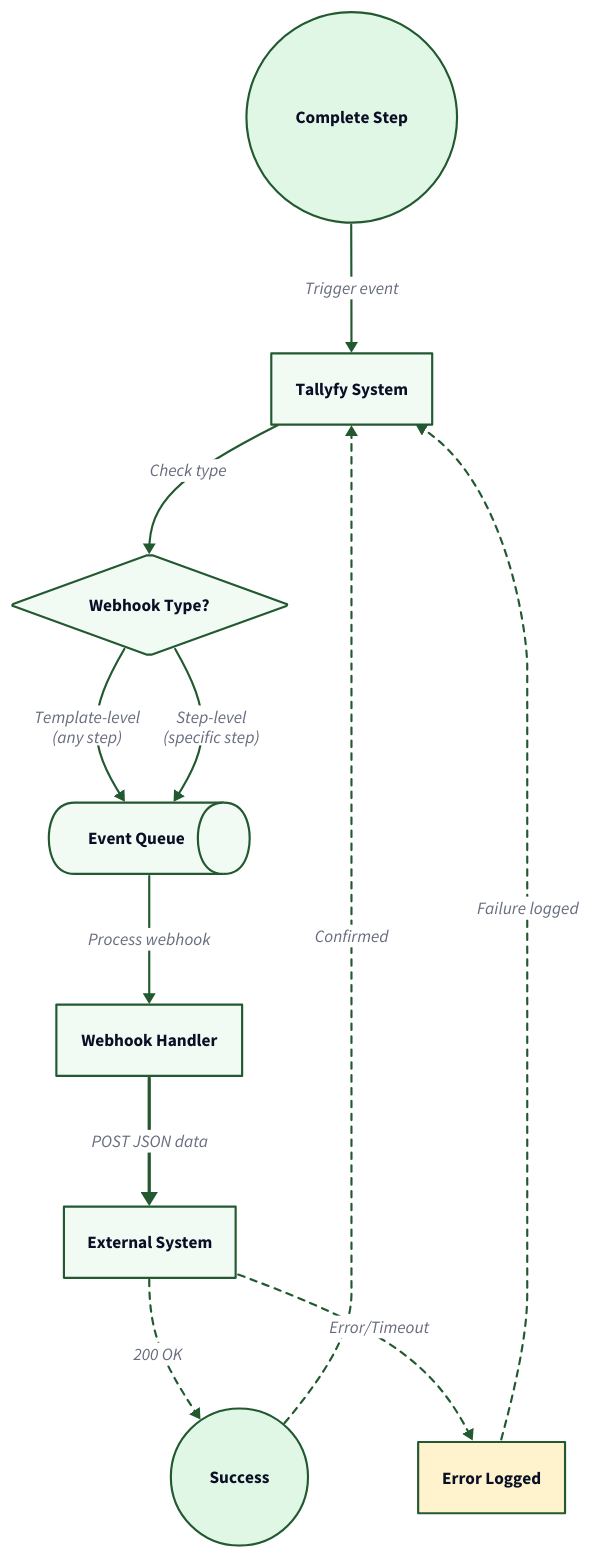
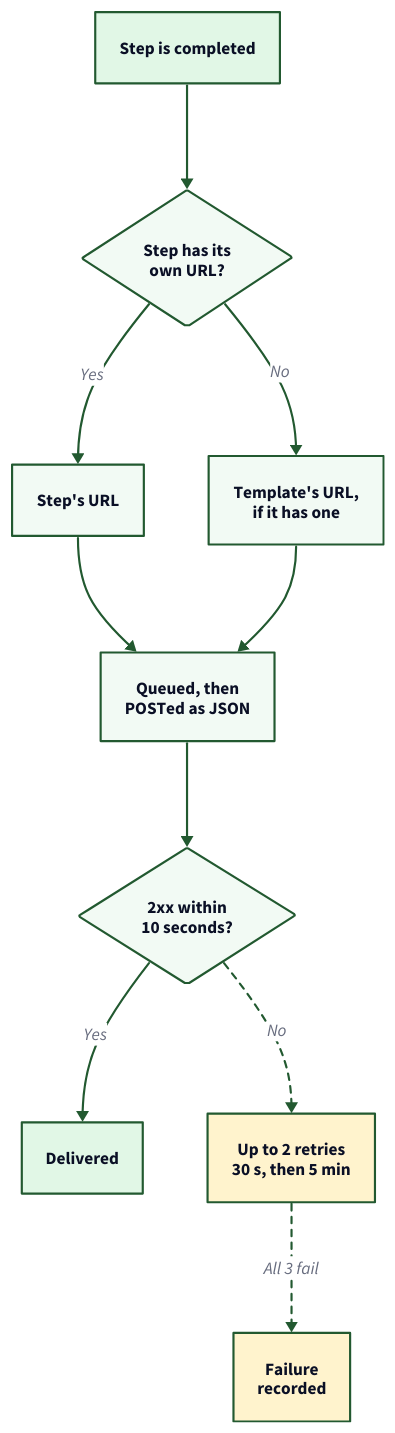
Before and after one commit to tallyfy/documentation: the diagram in src/content/docs/pro/integrations/webhooks/how-to-set-up-webhooks-in-tallyfy.mdx, drawn with D2. The commit also changed 12 other files, not shown here.

First line of the commit message:
Redraw 14 diagrams on 13 help pages so their text reads at full size

```diff
--- a/src/content/docs/pro/integrations/webhooks/how-to-set-up-webhooks-in-tallyfy.mdx
+++ b/src/content/docs/pro/integrations/webhooks/how-to-set-up-webhooks-in-tallyfy.mdx
@@ -51,106 +51,79 @@
 # Webhook Event Flow
 direction: down
 
-# Start Event
-Complete_Step: Complete Step {
-  shape: circle
+Event: "Step is completed" {
   style.fill: "#e1f7e6"
-  style.stroke: "#225930"
-  style.stroke-width: 2
-}
-
-# Core Components
-Tallyfy: Tallyfy System {
-  shape: rectangle
-  style.fill: "#f2faf4"
   style.stroke: "#225930"
 }
 
-Event_Queue: Event Queue {
-  shape: queue
-  style.fill: "#f2faf4"
-  style.stroke: "#225930"
-}
-
-Webhook_Handler: Webhook Handler {
-  shape: rectangle
-  style.fill: "#f2faf4"
-  style.stroke: "#225930"
-}
-
-External_System: External System {
-  shape: rectangle
-  style.fill: "#f2faf4"
-  style.stroke: "#225930"
-}
-
-# Webhook Type Decision
-Webhook_Type: Webhook Type? {
+Which: "Step has its\nown URL?" {
   shape: diamond
   style.fill: "#f2faf4"
   style.stroke: "#225930"
 }
 
-# Success and Failure Paths
-Success_Response: Success {
-  shape: circle
+StepURL: "Step's URL" {
+  style.fill: "#f2faf4"
+  style.stroke: "#225930"
+}
+
+TplURL: "Template's URL,\nif it has one" {
+  style.fill: "#f2faf4"
+  style.stroke: "#225930"
+}
+
+Send: "Queued, then\nPOSTed as JSON" {
+  style.fill: "#f2faf4"
+  style.stroke: "#225930"
+}
+
+Answer: "2xx within\n10 seconds?" {
+  shape: diamond
+  style.fill: "#f2faf4"
+  style.stroke: "#225930"
+}
+
+Done: "Delivered" {
   style.fill: "#e1f7e6"
   style.stroke: "#225930"
-  style.stroke-width: 2
 }
 
-Failure_Handler: Error Logged {
-  shape: rectangle
+Retry: "Up to 2 retries\n30 s, then 5 min" {
   style.fill: "#fff3cd"
   style.stroke: "#225930"
 }
 
-# Main Flow
-Complete_Step -> Tallyfy: Trigger event {
-  style.stroke: "#225930"
-  style.stroke-width: 2
-}
-
-Tallyfy -> Webhook_Type: Check type {
+Fail: "Failure\nrecorded" {
+  style.fill: "#fff3cd"
   style.stroke: "#225930"
 }
 
-Webhook_Type -> Event_Queue: Template-level\n(any step) {
+Event -> Which: {
   style.stroke: "#225930"
 }
-
-Webhook_Type -> Event_Queue: Step-level\n(specific step) {
+Which -> StepURL: Yes {
   style.stroke: "#225930"
 }
-
-Event_Queue -> Webhook_Handler: Process webhook {
+Which -> TplURL: No {
   style.stroke: "#225930"
-  style.stroke-width: 2
 }
-
-Webhook_Handler -> External_System: POST JSON data {
+StepURL -> Send: {
   style.stroke: "#225930"
-  style.stroke-width: 3
 }
-
-# Success Path
-External_System -> Success_Response: 200 OK {
+TplURL -> Send: {
+  style.stroke: "#225930"
+}
+Send -> Answer: {
+  style.stroke: "#225930"
+}
+Answer -> Done: Yes {
+  style.stroke: "#225930"
+}
+Answer -> Retry: No {
   style.stroke: "#225930"
   style.stroke-dash: 3
 }
-
-Success_Response -> Tallyfy: Confirmed {
-  style.stroke: "#225930"
-  style.stroke-dash: 3
-}
-
-# Failure Path
-External_System -> Failure_Handler: Error/Timeout {
-  style.stroke: "#225930"
-  style.stroke-dash: 3
-}
-
-Failure_Handler -> Tallyfy: Failure logged {
+Retry -> Fail: "All 3 fail" {
   style.stroke: "#225930"
   style.stroke-dash: 3
 }
```
